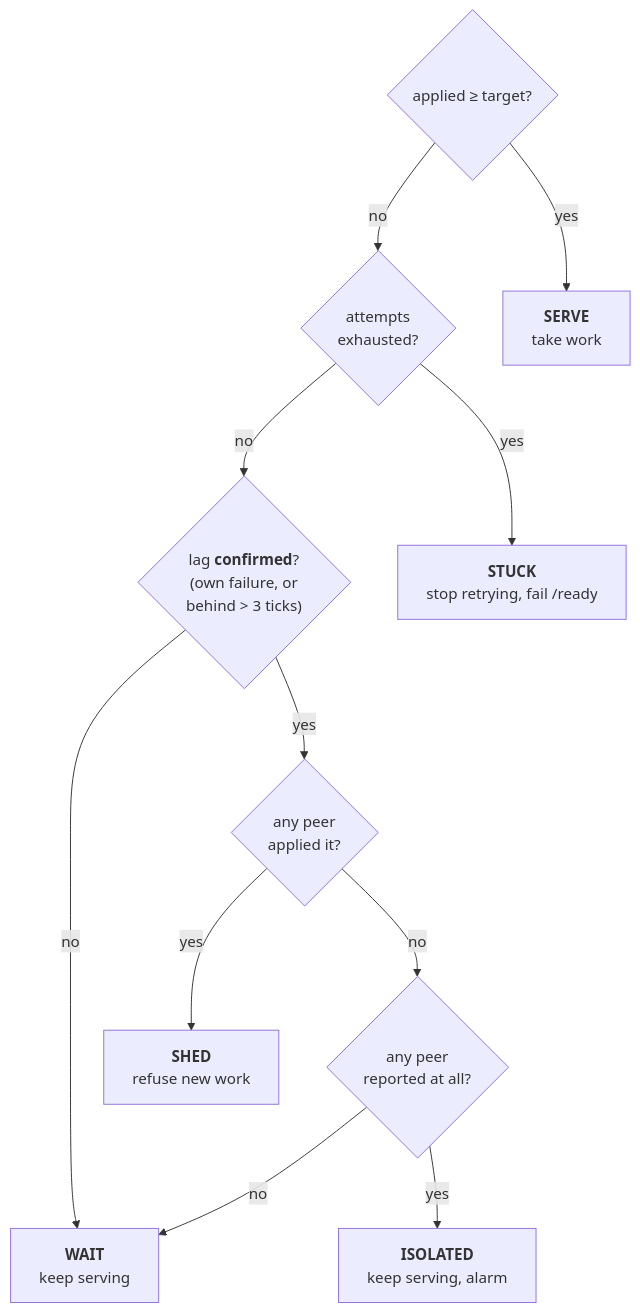
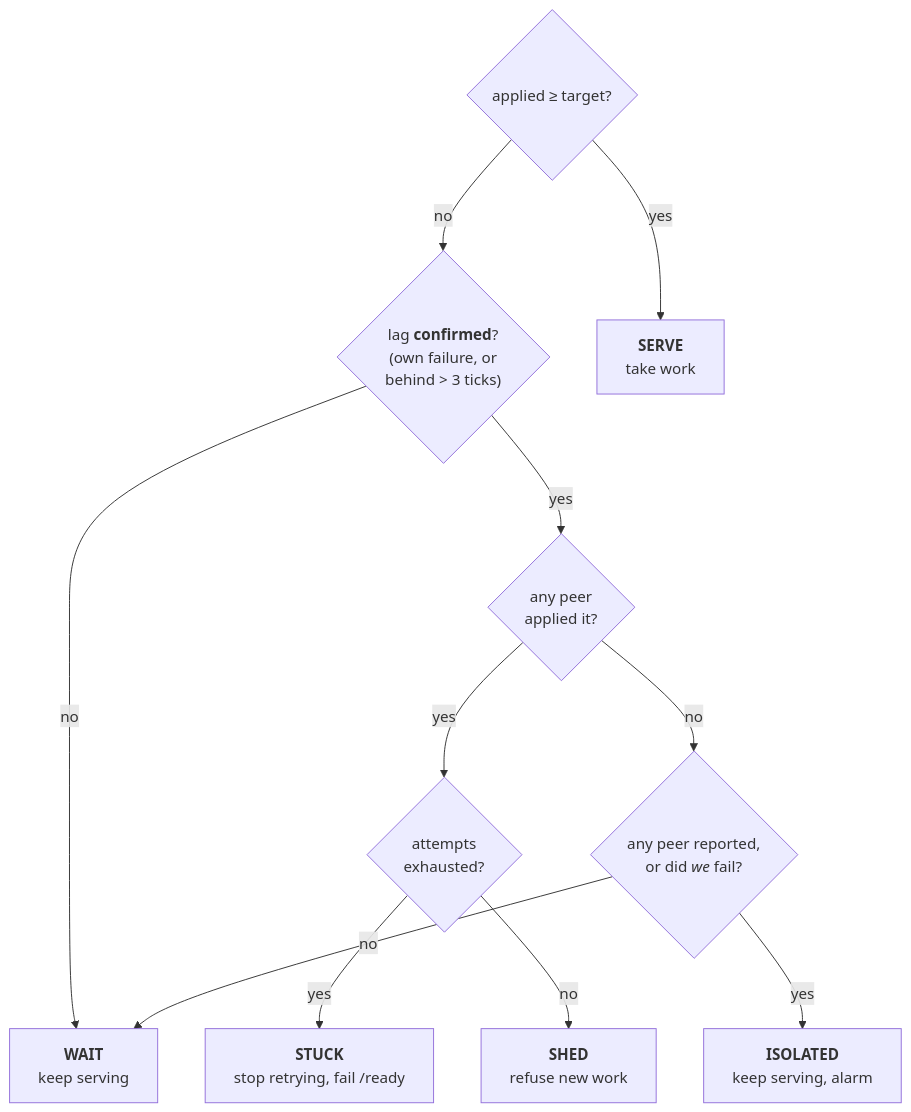
Before and after one commit to crewlet/crewlet: the second of 2 diagrams in docs/concepts/control-plane.md, drawn with Mermaid. The commit also changed other lines of this file and 5 other files, not shown here.

First line of the commit message:
fix(db): bound peer status on freshness, rank isolated above stuck

````diff
--- a/docs/concepts/control-plane.md
+++ b/docs/concepts/control-plane.md
@@ -66,23 +70,23 @@
 ```mermaid
 flowchart TD
     START{"applied ≥ target?"}
-    ATT{"attempts<br/>exhausted?"}
     CONF{"lag <b>confirmed</b>?<br/>(own failure, or<br/>behind &gt; 3 ticks)"}
     PEERS{"any peer<br/>applied it?"}
-    ANY{"any peer<br/>reported at all?"}
+    ATT{"attempts<br/>exhausted?"}
+    ANY{"any peer reported,<br/>or did <i>we</i> fail?"}
     SERVE["<b>SERVE</b><br/>take work"]
-    STUCK["<b>STUCK</b><br/>stop retrying, fail /ready"]
     WAIT["<b>WAIT</b><br/>keep serving"]
     SHED["<b>SHED</b><br/>refuse new work"]
+    STUCK["<b>STUCK</b><br/>stop retrying, fail /ready"]
     ISO["<b>ISOLATED</b><br/>keep serving, alarm"]
     START -->|yes| SERVE
-    START -->|no| ATT
-    ATT -->|yes| STUCK
-    ATT -->|no| CONF
+    START -->|no| CONF
     CONF -->|no| WAIT
     CONF -->|yes| PEERS
-    PEERS -->|yes| SHED
+    PEERS -->|yes| ATT
+    ATT -->|yes| STUCK
+    ATT -->|no| SHED
     PEERS -->|no| ANY
     ANY -->|yes| ISO
     ANY -->|no| WAIT
 ```
````
